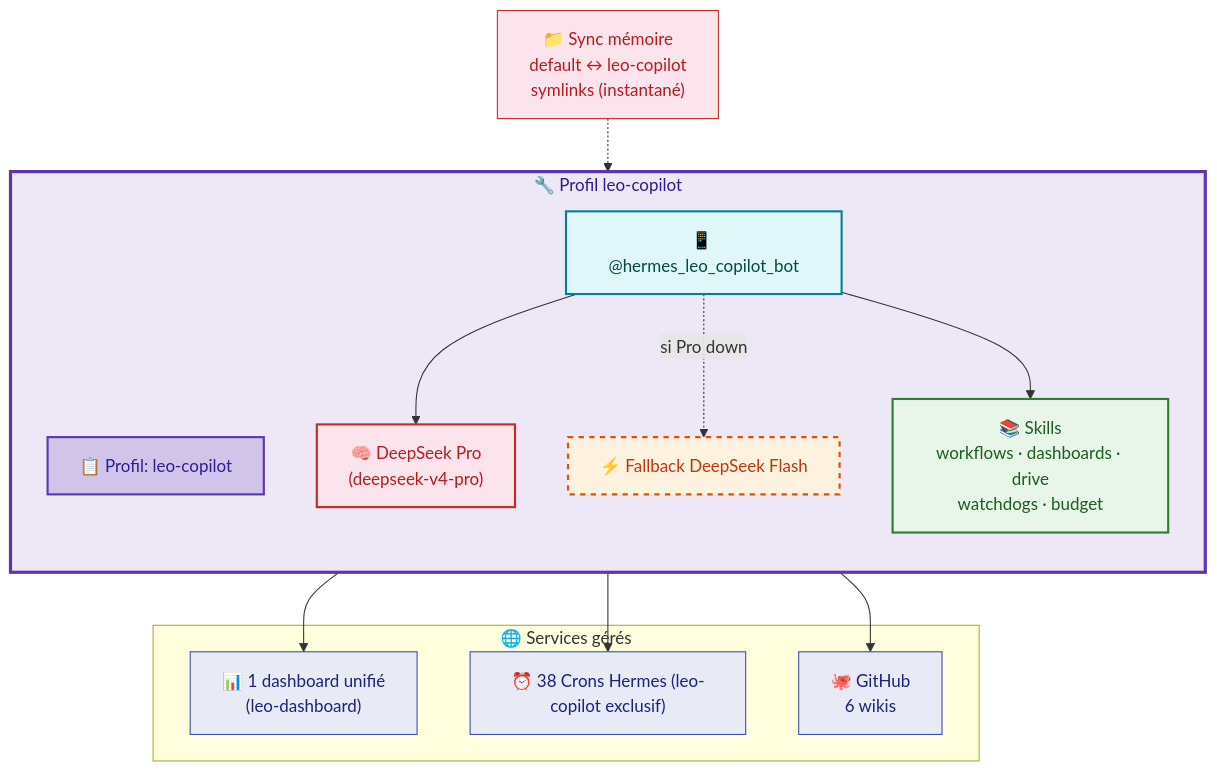
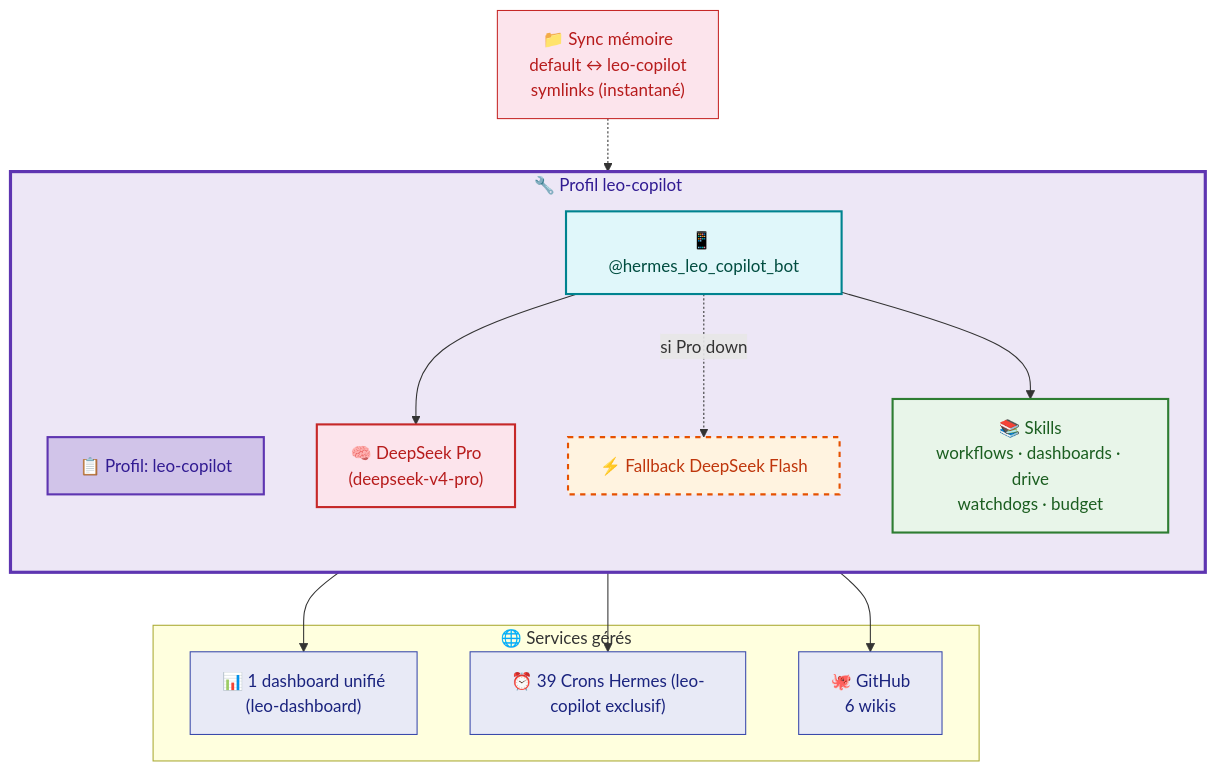
Before and after one commit to christophedanhier-hash/hermes-wiki: the third of 5 diagrams in docs/hermes/architecture-communication.md, drawn with Mermaid. The commit also changed other lines of this file and 2 other files, not shown here.

Commit message:
🤖 Audit rédactionnel — correctif 38→39 (sed: architecture-comm, etat-des-lieux, profiles)

````diff
--- a/docs/hermes/architecture-communication.md
+++ b/docs/hermes/architecture-communication.md
@@ -135,39 +135,39 @@
 ```mermaid
 flowchart TB
     subgraph COPILOT["🔧 Profil leo-copilot"]
         direction TB
         P1["📋 Profil: leo-copilot"]
         B1["📱 @hermes_leo_copilot_bot"]
         M1["🧠 DeepSeek Pro<br/>(deepseek-v4-pro)"]
         F1["⚡ Fallback DeepSeek Flash"]
         SKILLS["📚 Skills<br/>workflows · dashboards · drive<br/>watchdogs · budget"]
     end
 
     subgraph EXTERNE["🌐 Services gérés"]
         DASH["📊 1 dashboard unifié<br/>(leo-dashboard)"]
-        CRONS["⏰ 38 Crons Hermes (leo-copilot exclusif)"]
+        CRONS["⏰ 39 Crons Hermes (leo-copilot exclusif)"]
         GH["🐙 GitHub<br/>6 wikis"]
     end
 
     MEM["📁 Sync mémoire<br/>default ↔ leo-copilot<br/>symlinks (instantané)"]
 
     B1 --> M1
     B1 -.->|"si Pro down"| F1
     B1 --> SKILLS
     MEM -.-> P1
 
     SKILLS --> DASH
     SKILLS --> CRONS
     SKILLS --> GH
 
     style COPILOT fill:#ede7f6,stroke:#5e35b1,stroke-width:3px,color:#311b92
     style P1 fill:#d1c4e9,stroke:#5e35b1,stroke-width:2px,color:#311b92
     style B1 fill:#e0f7fa,stroke:#00838f,stroke-width:2px,color:#004d40
     style M1 fill:#fce4ec,stroke:#c62828,stroke-width:2px,color:#b71c1c
     style F1 fill:#fff3e0,stroke:#e65100,stroke-width:2px,stroke-dasharray:5,color:#bf360c
     style SKILLS fill:#e8f5e9,stroke:#2e7d32,stroke-width:2px,color:#1b5e20
     style MEM fill:#fce4ec,stroke:#c62828,color:#b71c1c
     style DASH fill:#e8eaf6,stroke:#3949ab,color:#1a237e
     style CRONS fill:#e8eaf6,stroke:#3949ab,color:#1a237e
     style GH fill:#e8eaf6,stroke:#3949ab,color:#1a237e
 ```
````
